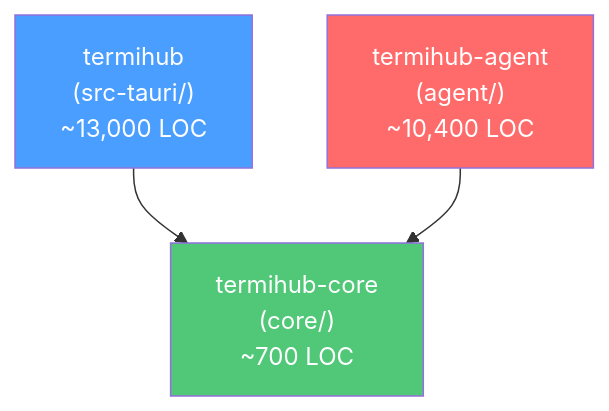
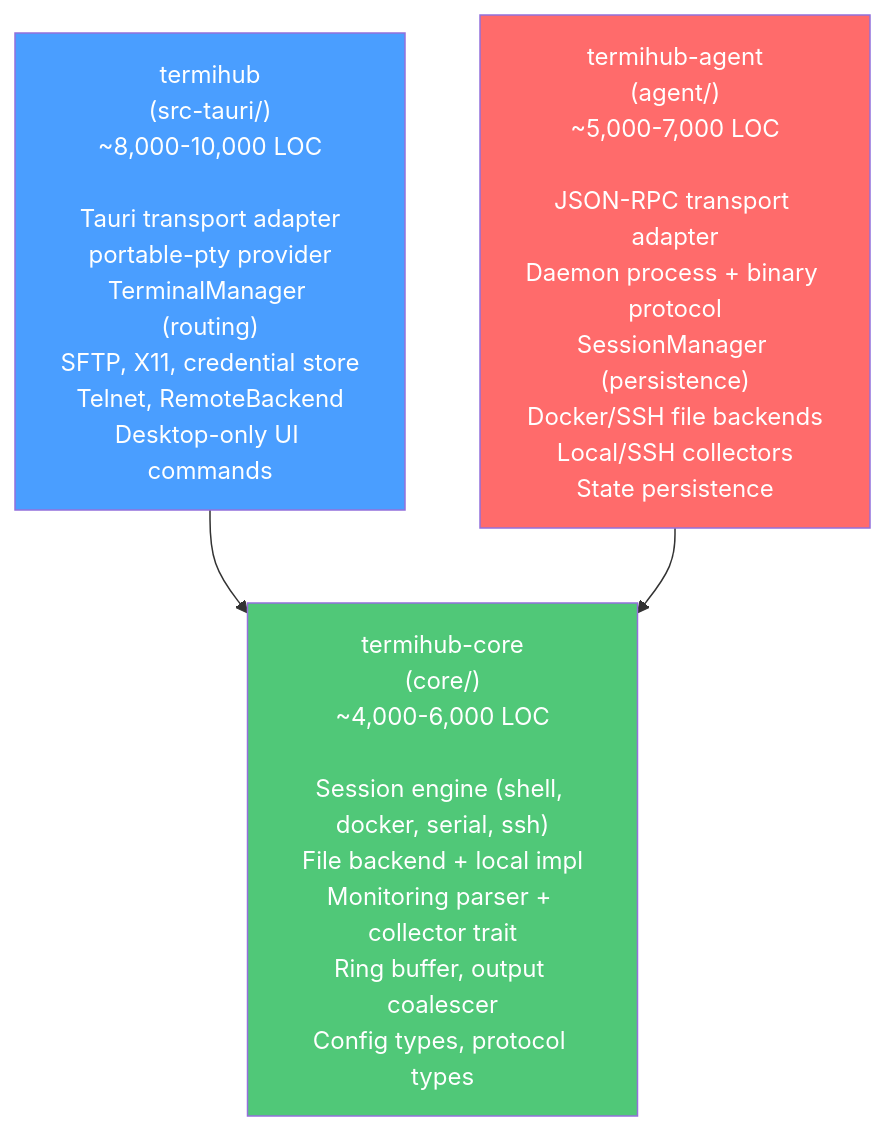
The fourth of 10 diagrams in docs/concepts/shared-rust-core.md (armaxri/termiHub), drawn with Mermaid before and after one commit. The commit also changed other lines of this file, not shown here.

First line of the commit message:
docs(concept): rewrite shared-rust-core as backend engine, not utility crate

````diff
--- a/docs/concepts/shared-rust-core.md
+++ b/docs/concepts/shared-rust-core.md
@@ -424,14 +864,15 @@
 ```mermaid
 graph TD
-    C["termihub-core<br/>(core/)<br/>~700 LOC"]
+    C["termihub-core<br/>(core/)<br/>~4,000-6,000 LOC<br/><br/>Session engine (shell, docker, serial, ssh)<br/>File backend + local impl<br/>Monitoring parser + collector trait<br/>Ring buffer, output coalescer<br/>Config types, protocol types"]
 
-    A["termihub<br/>(src-tauri/)<br/>~13,000 LOC"]
-    B["termihub-agent<br/>(agent/)<br/>~10,400 LOC"]
+    A["termihub<br/>(src-tauri/)<br/>~8,000-10,000 LOC<br/><br/>Tauri transport adapter<br/>portable-pty provider<br/>TerminalManager (routing)<br/>SFTP, X11, credential store<br/>Telnet, RemoteBackend<br/>Desktop-only UI commands"]
+
+    B["termihub-agent<br/>(agent/)<br/>~5,000-7,000 LOC<br/><br/>JSON-RPC transport adapter<br/>Daemon process + binary protocol<br/>SessionManager (persistence)<br/>Docker/SSH file backends<br/>Local/SSH collectors<br/>State persistence"]
 
     A --> C
     B --> C
 
     style C fill:#50c878,color:#fff
     style A fill:#4a9eff,color:#fff
     style B fill:#ff6b6b,color:#fff
 ```
````
